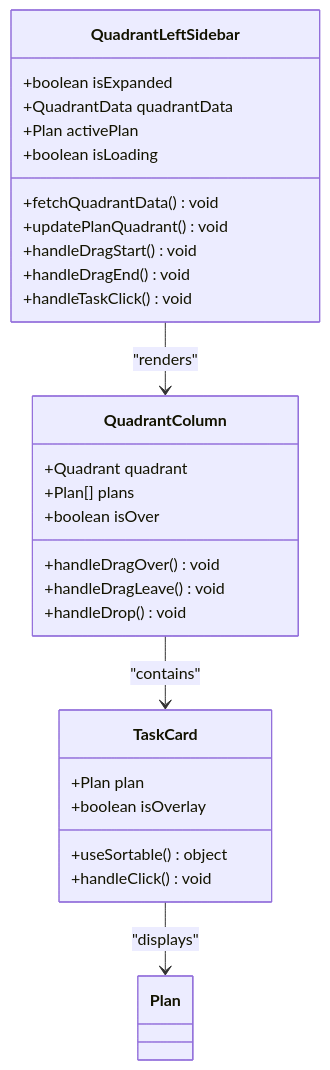
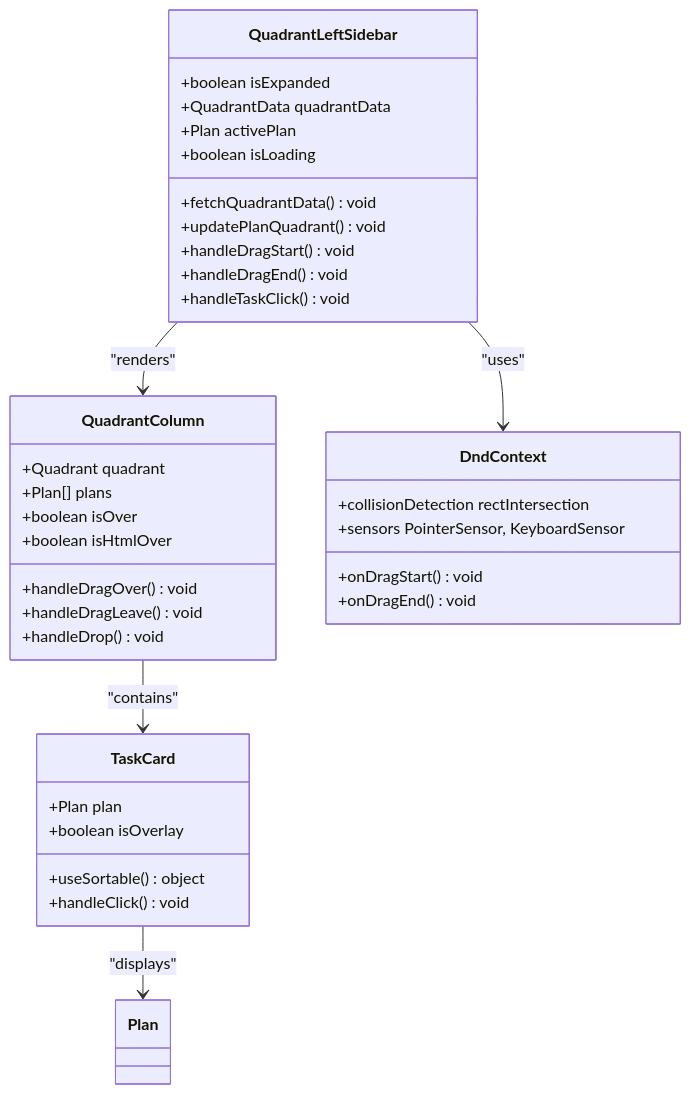
The sixth of 12 diagrams in .qoder/repowiki/en/content/Frontend Architecture/Main Layout System.md (peixuanhu/goal-mate), drawn with Mermaid before and after one commit. The commit also changed other lines of this file and 3 other files, not shown here.

````diff
--- a/.qoder/repowiki/en/content/Frontend Architecture/Main Layout System.md
+++ b/.qoder/repowiki/en/content/Frontend Architecture/Main Layout System.md
@@ -244,31 +260,39 @@
 ```mermaid
 classDiagram
 class QuadrantLeftSidebar {
 +boolean isExpanded
 +QuadrantData quadrantData
 +Plan activePlan
 +boolean isLoading
 +fetchQuadrantData() void
 +updatePlanQuadrant() void
 +handleDragStart() void
 +handleDragEnd() void
 +handleTaskClick() void
 }
 class QuadrantColumn {
 +Quadrant quadrant
 +Plan[] plans
 +boolean isOver
++boolean isHtmlOver
 +handleDragOver() void
 +handleDragLeave() void
 +handleDrop() void
 }
 class TaskCard {
 +Plan plan
 +boolean isOverlay
 +useSortable() object
 +handleClick() void
 }
+class DndContext {
++collisionDetection rectIntersection
++sensors PointerSensor, KeyboardSensor
++onDragStart() void
++onDragEnd() void
+}
 QuadrantLeftSidebar --> QuadrantColumn : "renders"
 QuadrantColumn --> TaskCard : "contains"
 TaskCard --> Plan : "displays"
+QuadrantLeftSidebar --> DndContext : "uses"
 ```
````
